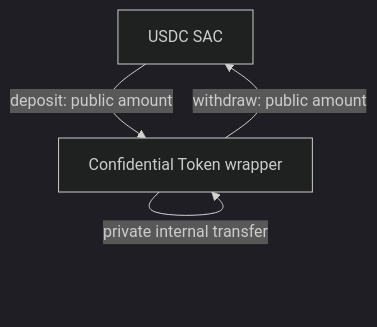
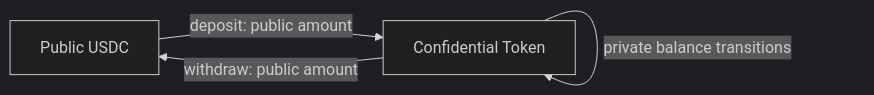
One commit to Trustless-Work/privacy-poc changed the second of 4 diagrams in docs/architecture.md. Above: the diagram before and after it, drawn with Mermaid (dark theme). The commit also changed other lines of this file, not shown here.

Commit message:
Rewrite privacy PoC architecture

````diff
--- a/docs/architecture.md
+++ b/docs/architecture.md
@@ -24,6 +88,6 @@
 ```mermaid
-flowchart TD
-    U["USDC SAC"] -->|deposit: public amount| C["Confidential Token wrapper"]
-    C -->|private internal transfer| C
-    C -->|withdraw: public amount| U
+flowchart LR
+    P[Public USDC] -->|deposit: public amount| C[Confidential Token]
+    C -->|private balance transitions| C
+    C -->|withdraw: public amount| P
 ```
````
